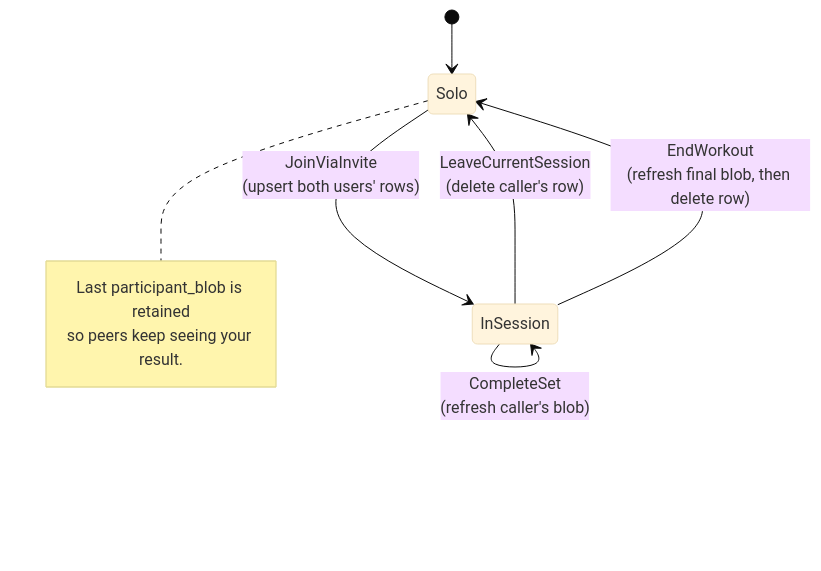
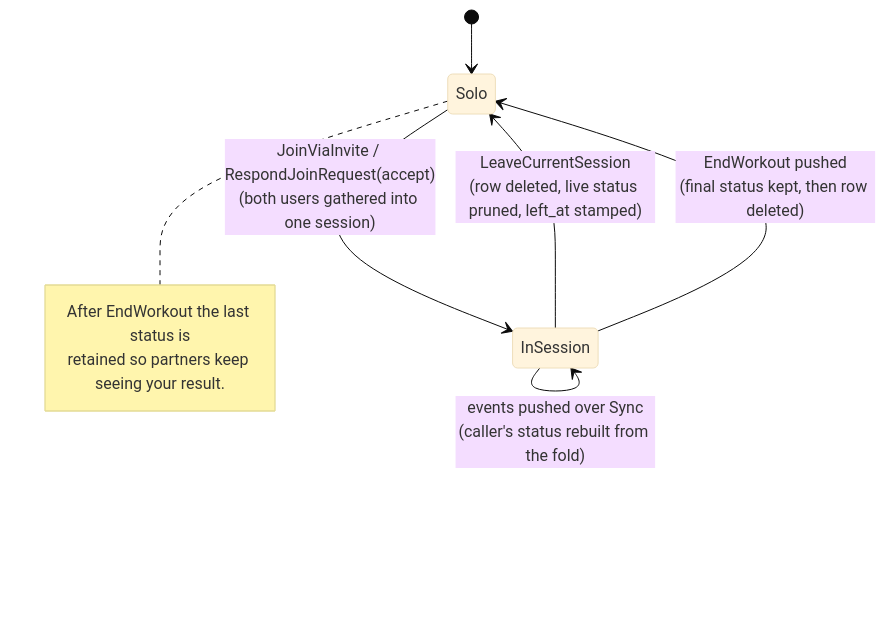
Before and after one commit to brensch/lift: the second of 4 diagrams in docs/architecture/multiplayer.md, drawn with Mermaid (base theme). The commit also changed other lines of this file and 214 other files, not shown here.

````diff
--- a/docs/architecture/multiplayer.md
+++ b/docs/architecture/multiplayer.md
@@ -29,12 +32,12 @@
 ```mermaid
 stateDiagram-v2
     [*] --> Solo
-    Solo --> InSession: JoinViaInvite<br/>(upsert both users' rows)
-    InSession --> InSession: CompleteSet<br/>(refresh caller's blob)
-    InSession --> Solo: LeaveCurrentSession<br/>(delete caller's row)
-    InSession --> Solo: EndWorkout<br/>(refresh final blob, then delete row)
+    Solo --> InSession: JoinViaInvite / RespondJoinRequest(accept)<br/>(both users gathered into one session)
+    InSession --> InSession: events pushed over Sync<br/>(caller's status rebuilt from the fold)
+    InSession --> Solo: LeaveCurrentSession<br/>(row deleted, live status pruned, left_at stamped)
+    InSession --> Solo: EndWorkout pushed<br/>(final status kept, then row deleted)
     note right of Solo
-        Last participant_blob is retained
-        so peers keep seeing your result.
+        After EndWorkout the last status is
+        retained so partners keep seeing your result.
     end note
 ```
````
